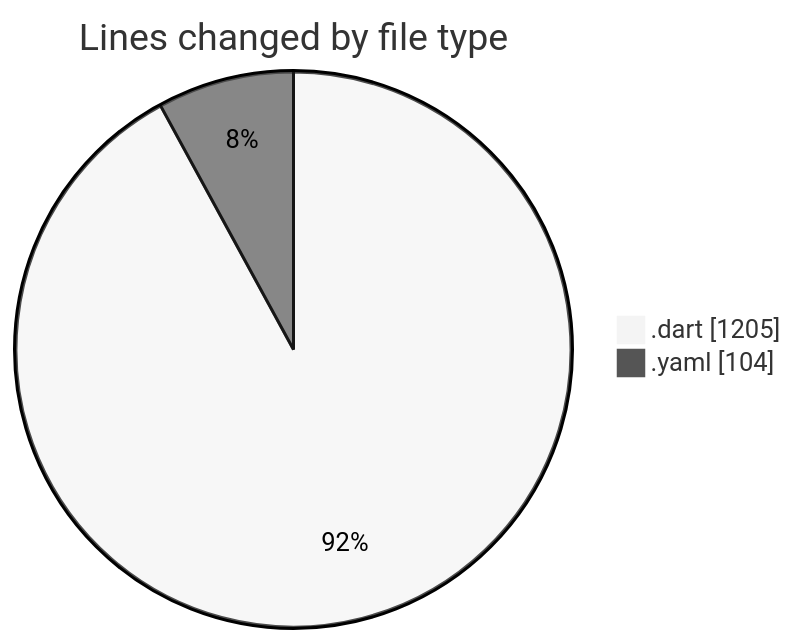
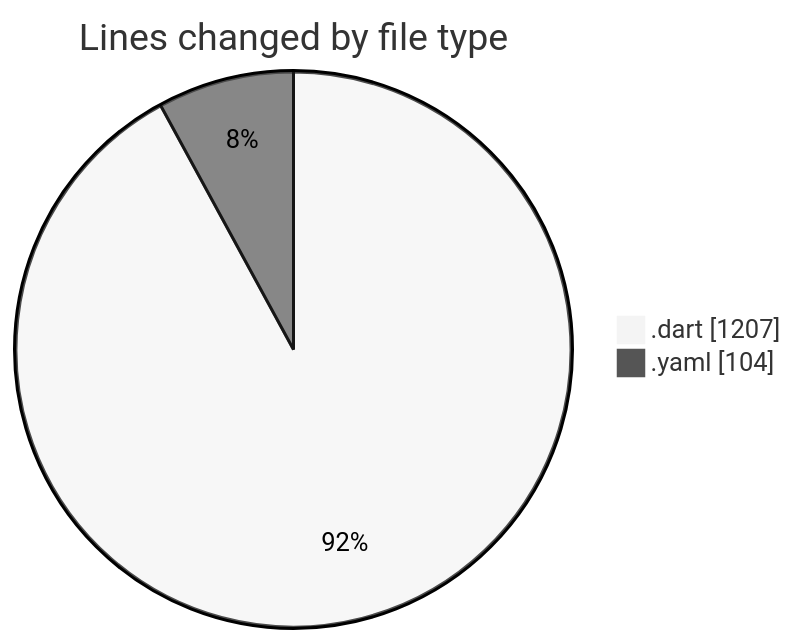
Before and after one commit to donsfak/code-tracking: the first of 2 diagrams in 2025-03-08/uber_clone/README.md, drawn with Mermaid (neutral theme). The commit also changed other lines of this file and 1 other file, not shown here.

````diff
--- a/2025-03-08/uber_clone/README.md
+++ b/2025-03-08/uber_clone/README.md
@@ -22,6 +22,6 @@
 ```mermaid
 pie showData
 title Lines changed by file type
-".dart" : 1205
+".dart" : 1207
 ".yaml" : 104
 ```
````
